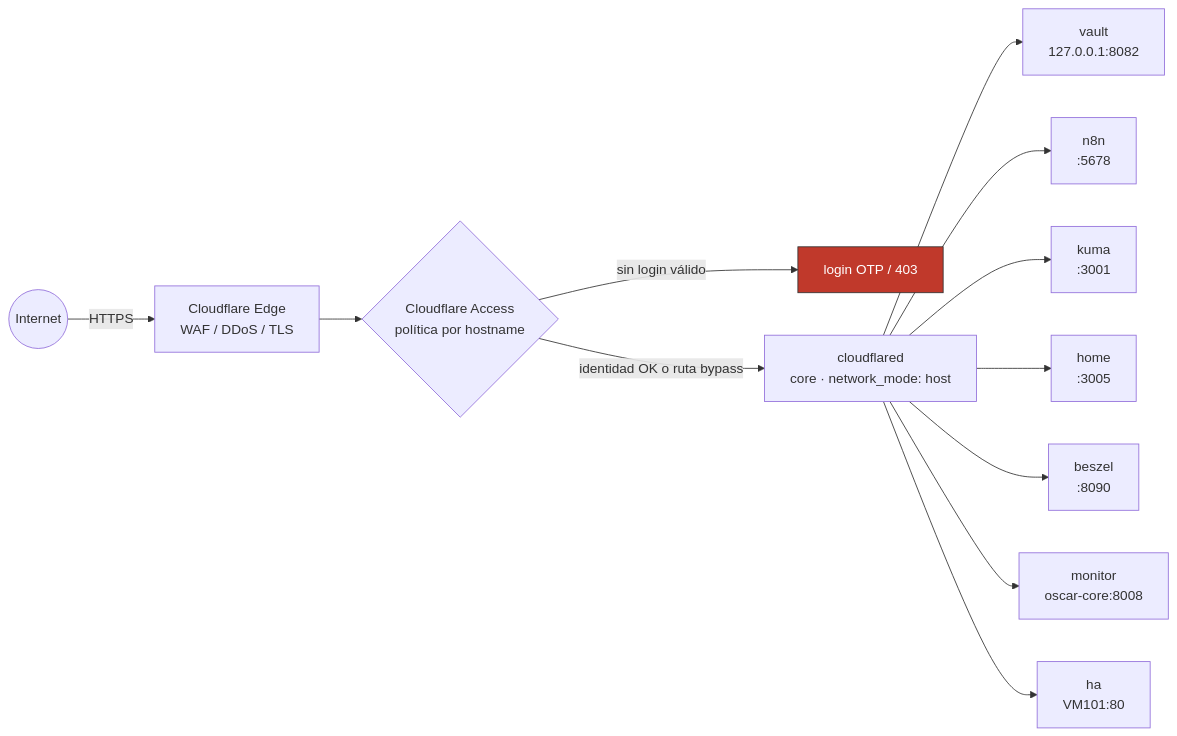
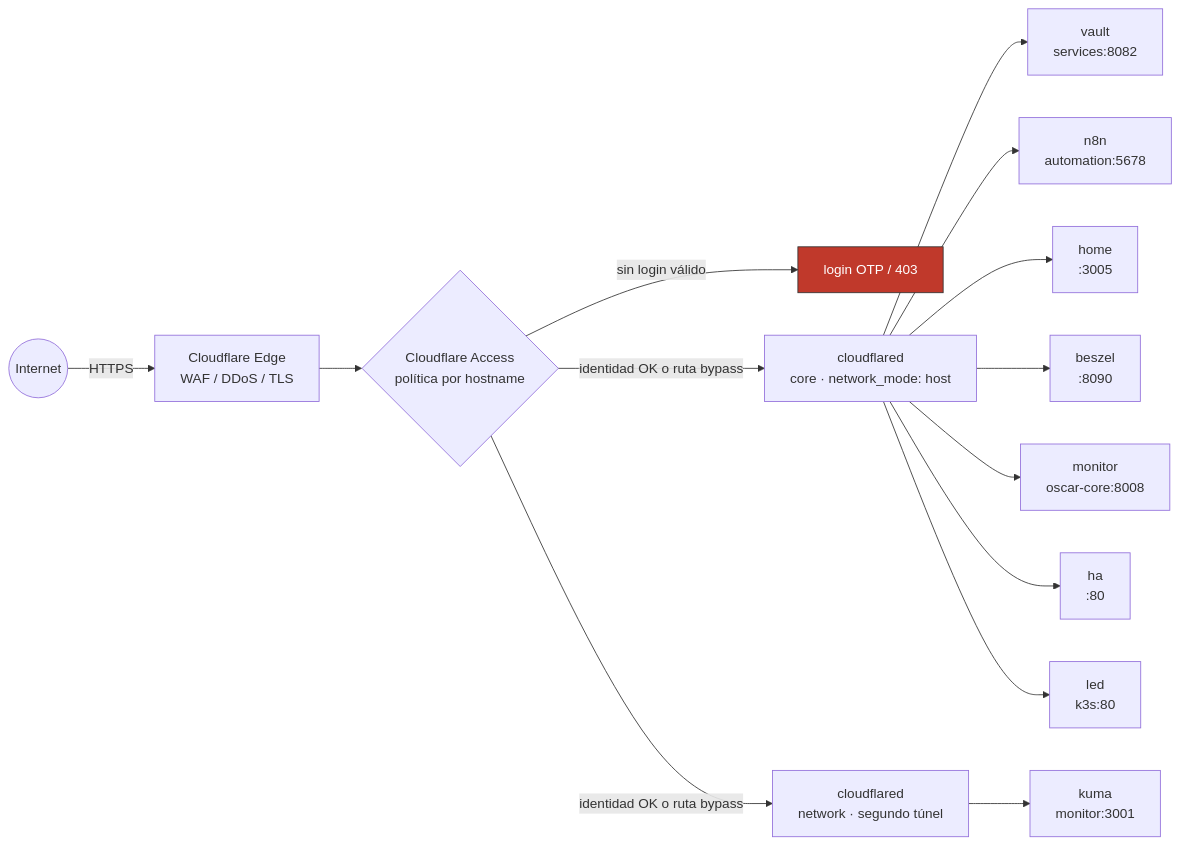
One commit to rudemex/oscar-homelab changed the first of 2 diagrams in docs/servicios/cloudflare-tunnel.md. Above: the diagram before and after it, drawn with Mermaid. The commit also changed other lines of this file and 4 other files, not shown here.

First line of the commit message:
docs: kuma en tunnel independiente del Dell, retiro del FTM1TN325H, apt upgrade

````diff
--- a/docs/servicios/cloudflare-tunnel.md
+++ b/docs/servicios/cloudflare-tunnel.md
@@ -22,17 +22,19 @@
 ```mermaid
 flowchart LR
   INTERNET((Internet)) -->|HTTPS| EDGE[Cloudflare Edge<br/>WAF / DDoS / TLS]
   EDGE --> ACCESS{Cloudflare Access<br/>política por hostname}
   ACCESS -->|sin login válido| DENY[login OTP / 403]
   ACCESS -->|identidad OK o ruta bypass| TUNNEL[cloudflared<br/>core · network_mode: host]
-  TUNNEL --> VAULT["vault<br/>127.0.0.1:8082"]
-  TUNNEL --> N8N["n8n<br/>:5678"]
-  TUNNEL --> KUMA["kuma<br/>:3001"]
+  TUNNEL --> VAULT["vault<br/>services:8082"]
+  TUNNEL --> N8N["n8n<br/>automation:5678"]
   TUNNEL --> HOME["home<br/>:3005"]
   TUNNEL --> BESZEL["beszel<br/>:8090"]
   TUNNEL --> MONITOR["monitor<br/>oscar-core:8008"]
-  TUNNEL --> HA["ha<br/>VM101:80"]
+  TUNNEL --> HA["ha<br/>:80"]
+  TUNNEL --> LED["led<br/>k3s:80"]
+  ACCESS -->|identidad OK o ruta bypass| TUNNEL2[cloudflared<br/>network · segundo túnel]
+  TUNNEL2 --> KUMA["kuma<br/>monitor:3001"]
 
   classDef deny fill:#c0392b,stroke:#333,color:#fff;
   class DENY deny
 ```
````
